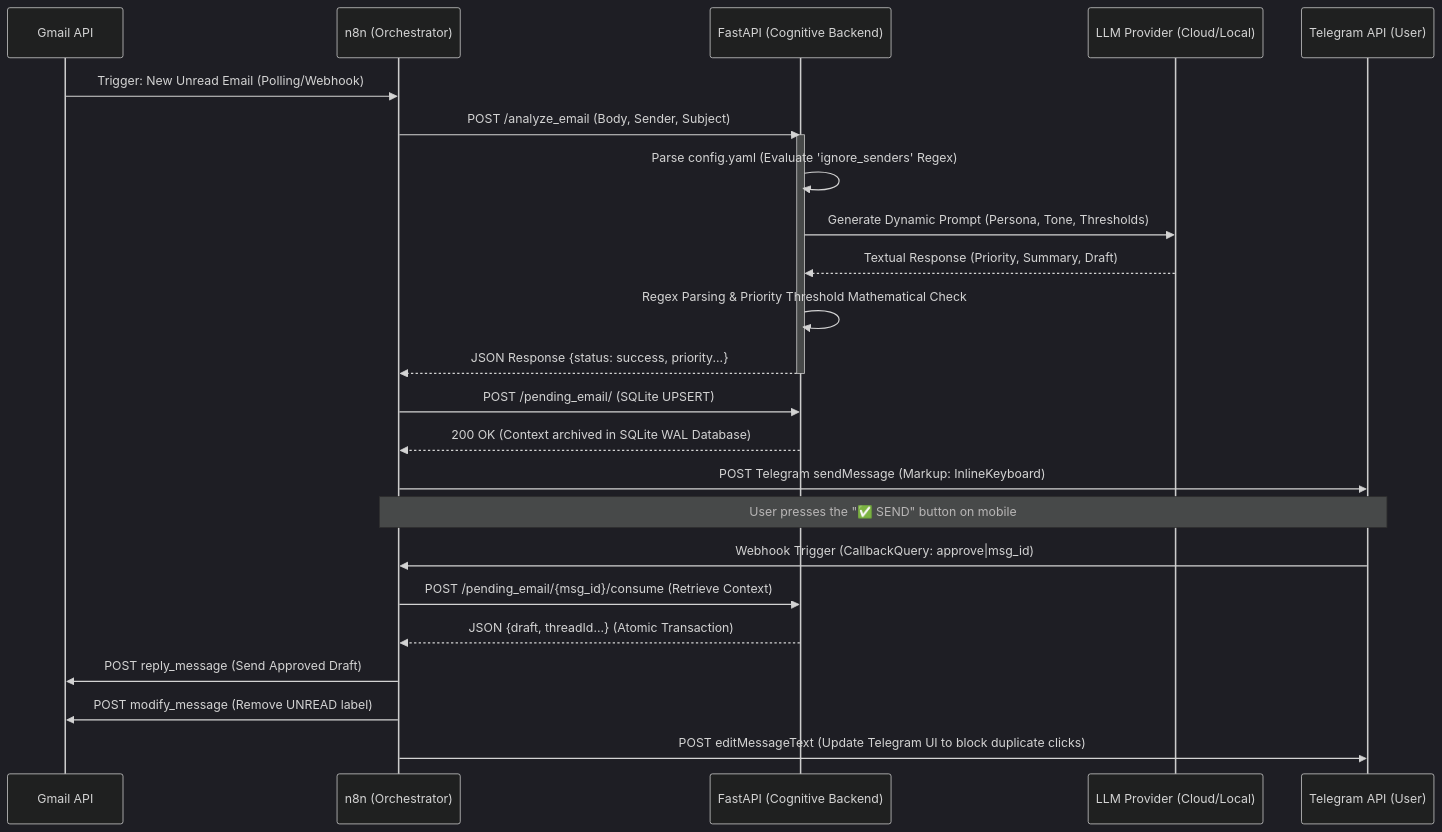
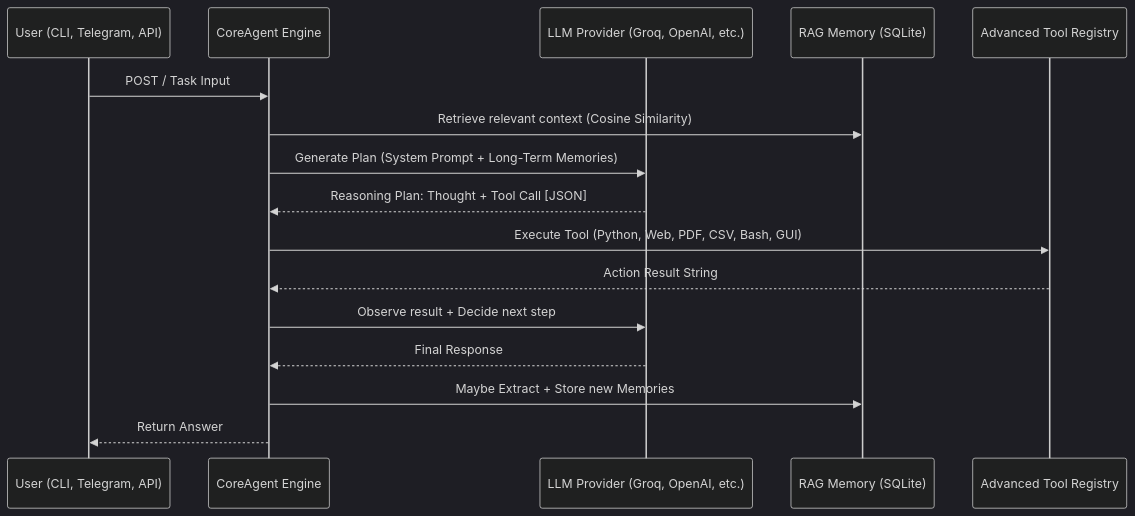
Before and after one commit to AlexThunder01/ARGOS-2: the diagram in docs/TECHNICAL_SPECIFICATION.md, drawn with Mermaid (dark theme). The commit also changed other lines of this file and 100 other files, not shown here.

````diff
--- a/docs/TECHNICAL_SPECIFICATION.md
+++ b/docs/TECHNICAL_SPECIFICATION.md
@@ -13,33 +13,22 @@
 ```mermaid
 sequenceDiagram
-    participant G as Gmail API
-    participant N as n8n (Orchestrator)
-    participant F as FastAPI (Cognitive Backend)
-    participant LLM as LLM Provider (Cloud/Local)
-    participant T as Telegram API (User)
+    participant U as User (CLI, Telegram, API)
+    participant C as CoreAgent Engine
+    participant LLM as LLM Provider (Groq, OpenAI, etc.)
+    participant M as RAG Memory (SQLite)
+    participant T as Advanced Tool Registry
 
-    G->>N: Trigger: New Unread Email (Polling/Webhook)
-    N->>F: POST /analyze_email (Body, Sender, Subject)
-    activate F
-    F->>F: Parse config.yaml (Evaluate 'ignore_senders' Regex)
-    F->>LLM: Generate Dynamic Prompt (Persona, Tone, Thresholds)
-    LLM-->>F: Textual Response (Priority, Summary, Draft)
-    F->>F: Regex Parsing & Priority Threshold Mathematical Check
-    F-->>N: JSON Response {status: success, priority...}
-    deactivate F
-
-    N->>F: POST /pending_email/ (SQLite UPSERT)
-    F-->>N: 200 OK (Context archived in SQLite WAL Database)
+    U->>C: POST / Task Input
+    C->>M: Retrieve relevant context (Cosine Similarity)
+    C->>LLM: Generate Plan (System Prompt + Long-Term Memories)
+    LLM-->>C: Reasoning Plan: Thought + Tool Call [JSON]
     
-    N->>T: POST Telegram sendMessage (Markup: InlineKeyboard)
+    C->>T: Execute Tool (Python, Web, PDF, CSV, Bash, GUI)
+    T-->>C: Action Result String
     
-    Note over T,N: User presses the "✅ SEND" button on mobile
+    C->>LLM: Observe result + Decide next step
+    LLM-->>C: Final Response
     
-    T->>N: Webhook Trigger (CallbackQuery: approve|msg_id)
-    N->>F: POST /pending_email/{msg_id}/consume (Retrieve Context)
-    F-->>N: JSON {draft, threadId...} (Atomic Transaction)
-    
-    N->>G: POST reply_message (Send Approved Draft)
-    N->>G: POST modify_message (Remove UNREAD label)
-    N->>T: POST editMessageText (Update Telegram UI to block duplicate clicks)
+    C->>M: Maybe Extract + Store new Memories
+    C-->>U: Return Answer
 ```
````
